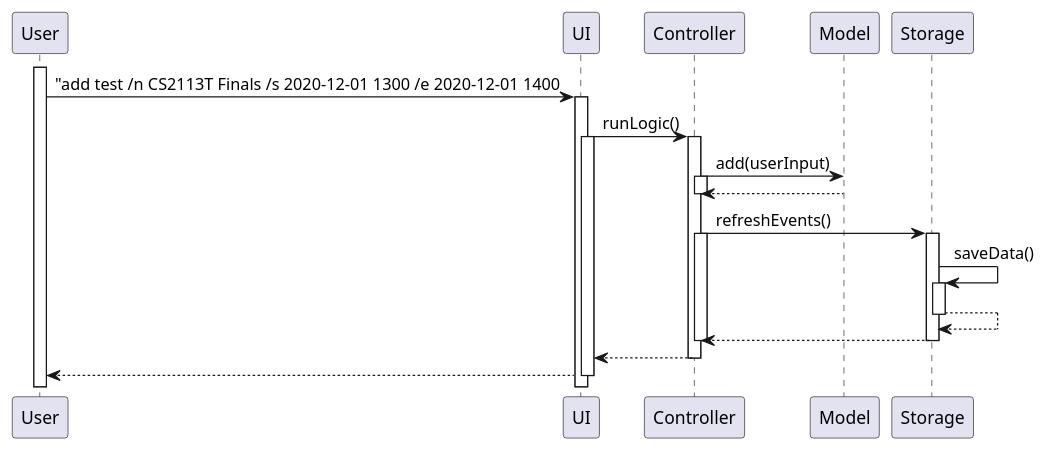
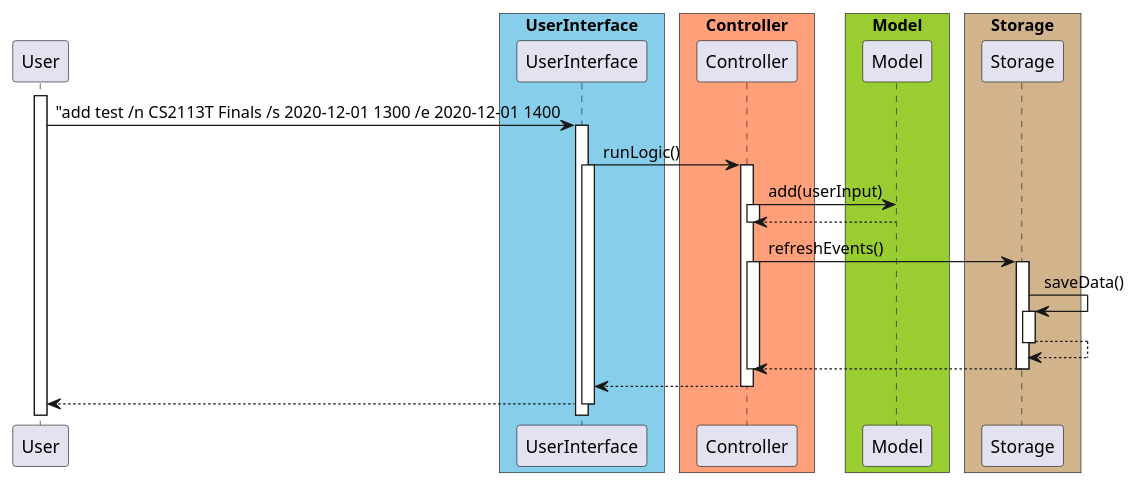
Before and after one commit to untitle4/tp: the diagram in docs/design/ExampleSequence.puml, drawn with PlantUML. The commit also changed 12 other files, not shown here.

Commit message:
Update uml diagrams to support colors

```diff
--- a/docs/design/ExampleSequence.puml
+++ b/docs/design/ExampleSequence.puml
@@ -1,26 +1,48 @@
 @startuml
+
+skinparam ParticipantPadding 10
+skinparam BoxPadding 5
+
+participant User
+
+box "UserInterface" #skyblue
+participant UserInterface
+end box
+
+box "Controller" #LightSalmon
+participant Controller
+end box
+
+box "Model" #YellowGreen
+participant Model
+end box
+
+box "Storage" #Tan
+participant Storage
+end box
+
 activate User
-User -> UI: "add test /n CS2113T Finals /s 2020-12-01 1300 /e 2020-12-01 1400
-activate UI
-UI -> Controller: runLogic()
-activate UI
+User -> UserInterface: "add test /n CS2113T Finals /s 2020-12-01 1300 /e 2020-12-01 1400
+activate UserInterface
+UserInterface -> Controller: runLogic()
+activate UserInterface
 activate Controller
 Controller -> Model: add(userInput)
 activate Controller
 Model --> Controller
 deactivate Controller
 Controller -> Storage: refreshEvents()
 activate Controller
 activate Storage
 Storage -> Storage: saveData()
 activate Storage
 Storage --> Storage
 deactivate Storage
 Storage --> Controller
 deactivate Storage
 deactivate Controller
-Controller --> UI
+Controller --> UserInterface
 deactivate Controller
-UI --> User
-deactivate UI
+UserInterface --> User
+deactivate UserInterface
 @enduml
```
